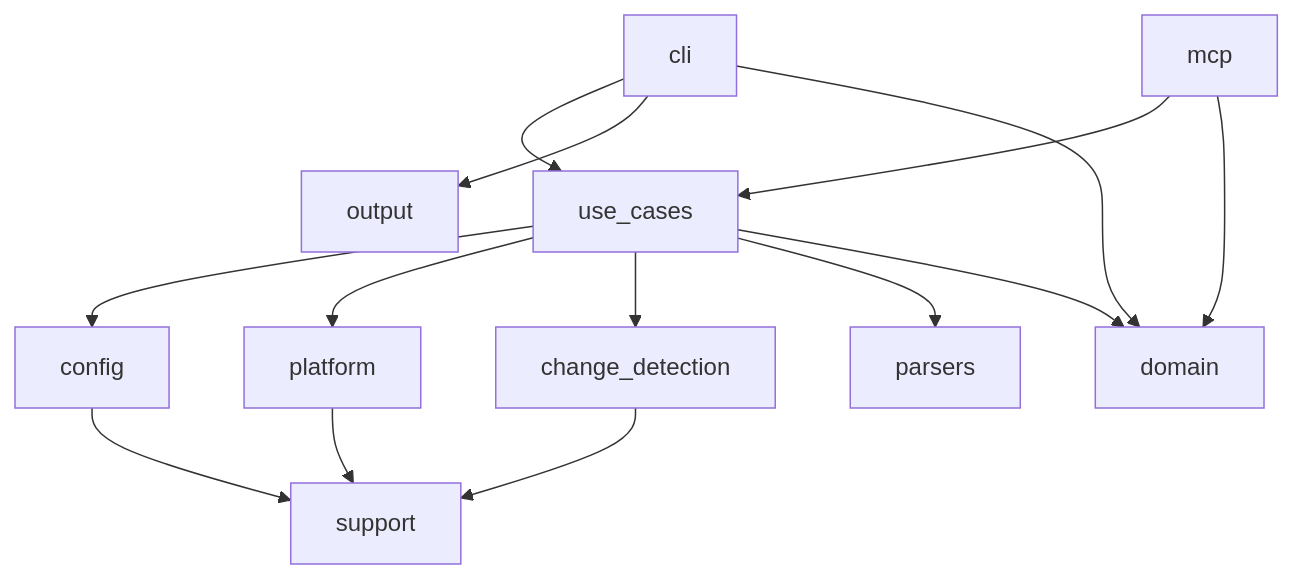
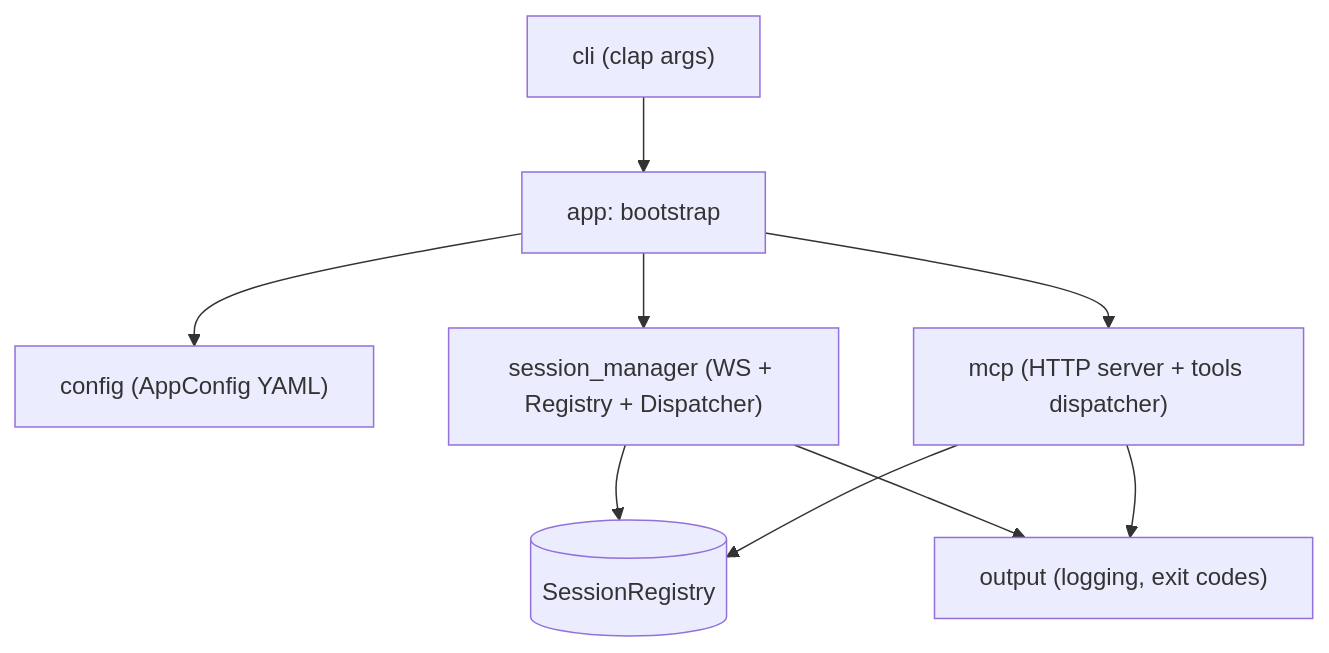
One commit to 1c-neurofish/v8-session-manager changed the diagram in docs/architecture/arc42/05-building-block-view.md. Above: the diagram before and after it, drawn with Mermaid. The commit also changed other lines of this file and 20 other files, not shown here.

First line of the commit message:
docs: переписать документацию под session-manager (#12)

````diff
--- a/docs/architecture/arc42/05-building-block-view.md
+++ b/docs/architecture/arc42/05-building-block-view.md
@@ -17,16 +5,11 @@
 ```mermaid
 flowchart TB
-    CLI["cli"] --> UseCases["use_cases"]
-    MCP["mcp"] --> UseCases
-    CLI --> Output["output"]
-    UseCases --> Config["config"]
-    UseCases --> Platform["platform"]
-    UseCases --> Change["change_detection"]
-    UseCases --> Parsers["parsers"]
-    UseCases --> Domain["domain"]
-    MCP --> Domain
-    CLI --> Domain
-    Platform --> Support["support"]
-    Config --> Support
-    Change --> Support
+    CLI["cli (clap args)"] --> App["app: bootstrap"]
+    App --> Cfg["config (AppConfig YAML)"]
+    App --> Mgr["session_manager (WS + Registry + Dispatcher)"]
+    App --> Mcp["mcp (HTTP server + tools dispatcher)"]
+    Mgr --> Reg[("SessionRegistry")]
+    Mcp --> Reg
+    Mgr --> Output["output (logging, exit codes)"]
+    Mcp --> Output
 ```
````
